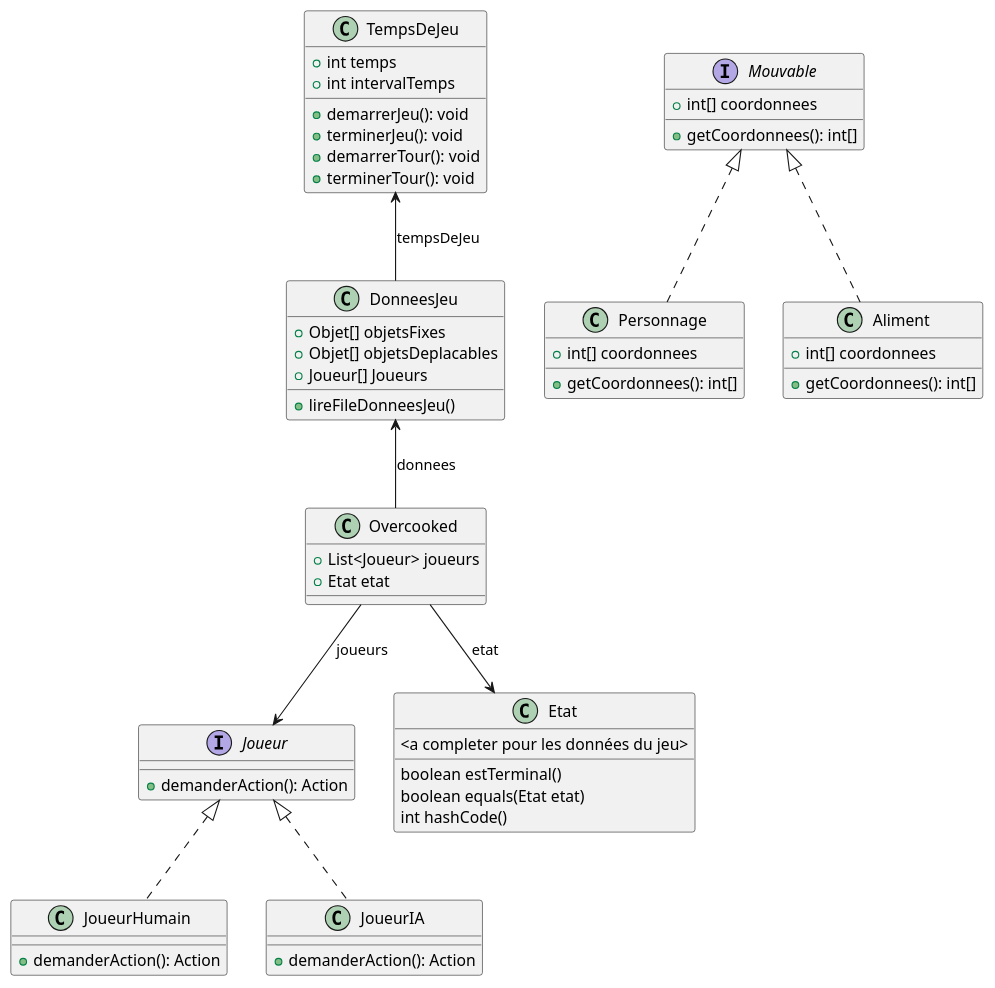
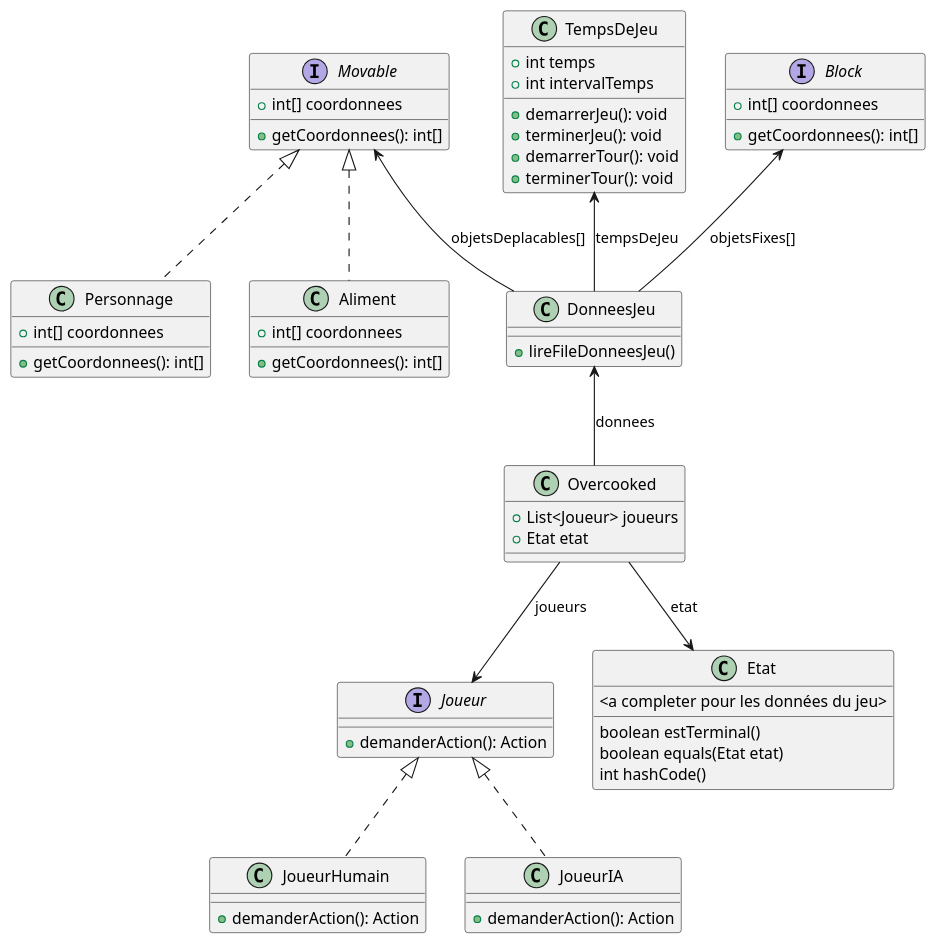
One commit to ThomasRbn/PTUT_BERNARD_ROBINEAU_ROUYER_RUSSO changed the diagram in assets/DiagClassNonIA.puml. Above: the diagram before and after it, drawn with PlantUML.

Commit message:
Mise à jour du diagramme UML

```diff
--- a/assets/DiagClassNonIA.puml
+++ b/assets/DiagClassNonIA.puml
@@ -1,66 +1,70 @@
 @startuml
 'https://plantuml.com/class-diagram
 
 class Overcooked {
     + List<Joueur> joueurs
     + Etat etat
 }
 
 "Overcooked" --> "Joueur" : "joueurs"
 "Overcooked" --> "Etat" : "etat"
 
-interface Mouvable {
+interface Movable {
     + int[] coordonnees
     + getCoordonnees(): int[]
 }
 
 interface Joueur {
     + demanderAction(): Action
 }
 
 class JoueurHumain implements Joueur {
     + demanderAction(): Action
 }
 
 class JoueurIA implements Joueur {
     + demanderAction(): Action
 }
 
-class Personnage implements Mouvable {
+class Personnage implements Movable {
     + int[] coordonnees
     + getCoordonnees(): int[]
 }
 
-class Aliment implements Mouvable {
+class Aliment implements Movable {
     + int[] coordonnees
     + getCoordonnees(): int[]
 }
 
 class TempsDeJeu {
     + int temps
     + int intervalTemps
     + demarrerJeu(): void
     + terminerJeu(): void
     + demarrerTour(): void
     + terminerTour(): void
 }
 
 class Etat{
     <a completer pour les données du jeu>
     boolean estTerminal()
     boolean equals(Etat etat)
     int hashCode()
 }
 
 class DonneesJeu {
-    + Objet[] objetsFixes
-    + Objet[] objetsDeplacables
-    + Joueur[] Joueurs
     + lireFileDonneesJeu()
 }
+
+interface Block {
+    + int[] coordonnees
+    + getCoordonnees(): int[]
+}
+"Block" <-- "DonneesJeu" : "objetsFixes[]"
+"Movable" <-- "DonneesJeu" : "objetsDeplacables[]"
 "DonneesJeu" <-- "Overcooked" : "donnees"
 "TempsDeJeu" <-- "DonneesJeu" : "tempsDeJeu"
 
 
 
 @enduml
```
